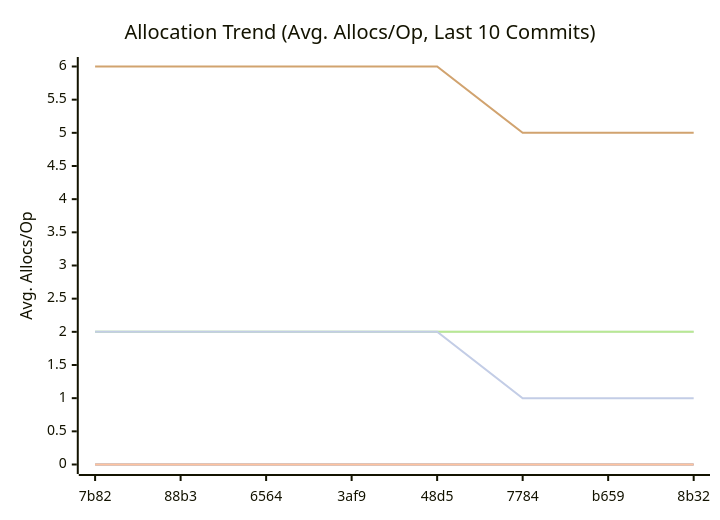
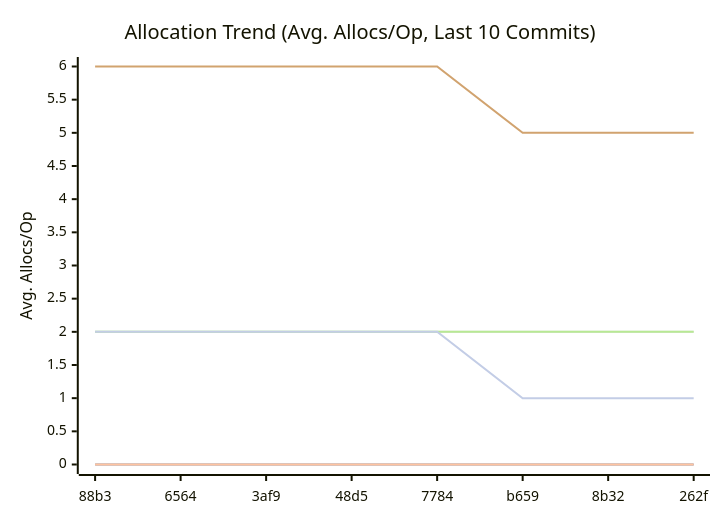
One commit to alsotoes/momo changed the third of 3 diagrams in doc/README.md. Above: the diagram before and after it, drawn with Mermaid. The commit also changed other lines of this file and 1 other file, not shown here.

````diff
--- a/doc/README.md
+++ b/doc/README.md
@@ -326,14 +326,14 @@
 ```mermaid
 xychart-beta
     title "Allocation Trend (Avg. Allocs/Op, Last 10 Commits)"
     x-axis "Commit"
     y-axis "Avg. Allocs/Op"
-    x-axis [7b82,88b3,6564,3af9,48d5,7784,b659,8b32]
+    x-axis [88b3,6564,3af9,48d5,7784,b659,8b32,262f]
     line "CheckMetricsAndSwap" [0,0,0,0,0,0,0,0,0,0]
     line "IndexDirectTracking" [0,0,0,0,0,0,0,0,0,0]
     line "IndexSearch" [0,0,0,0,0,0,0,0,0,0]
     line "LoadGlobalConfig" [2,2,2,2,2,2,2,2,2,2]
     line "PadString" [2,2,2,2,2,2,2,2,2,2]
     line "ParseReplicationOrder_NoPrealloc" [6,6,6,6,6,5,5,5,5,5]
     line "ParseReplicationOrder_Prealloc" [2,2,2,2,2,1,1,1,1,1]
 ```
````
